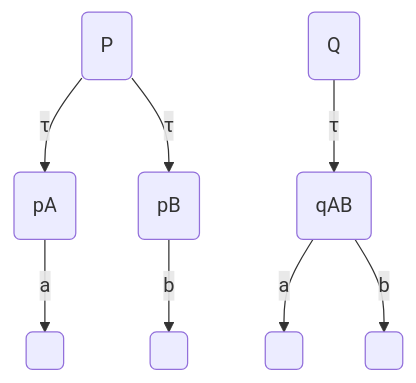
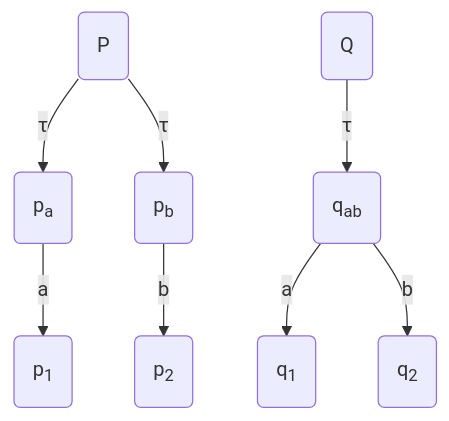
One commit to benkeks/generalized-equivalence-checking changed the first of 2 diagrams in 02_background.qmd. Above: the diagram before and after it, drawn with Mermaid. The commit also changed other lines of this file and 1 other file, not shown here.

````diff
--- a/02_background.qmd
+++ b/02_background.qmd
@@ -40,11 +40,11 @@
   ```{mermaid}
   flowchart TD
-    p0(P) -- τ --> pA(pA)
-    p0 -- τ --> pB(pB)
-    pA -- a --> pA0( )
-    pB -- b --> pB0( )
+    p0(P) -- τ --> pA(p<sub>a</sub>)
+    p0 -- τ --> pB(p<sub>b</sub>)
+    pA -- a --> pA0(p<sub>1</sub>)
+    pB -- b --> pB0(p<sub>2</sub>)
 
-    q0(Q) -- τ --> qAB(qAB)
-    qAB -- a --> qA( )
-    qAB -- b --> qB( )
+    q0(Q) -- τ --> qAB(q<sub>ab</sub>)
+    qAB -- a --> qA(q<sub>1</sub>)
+    qAB -- b --> qB(q<sub>2</sub>)
   ```
````
